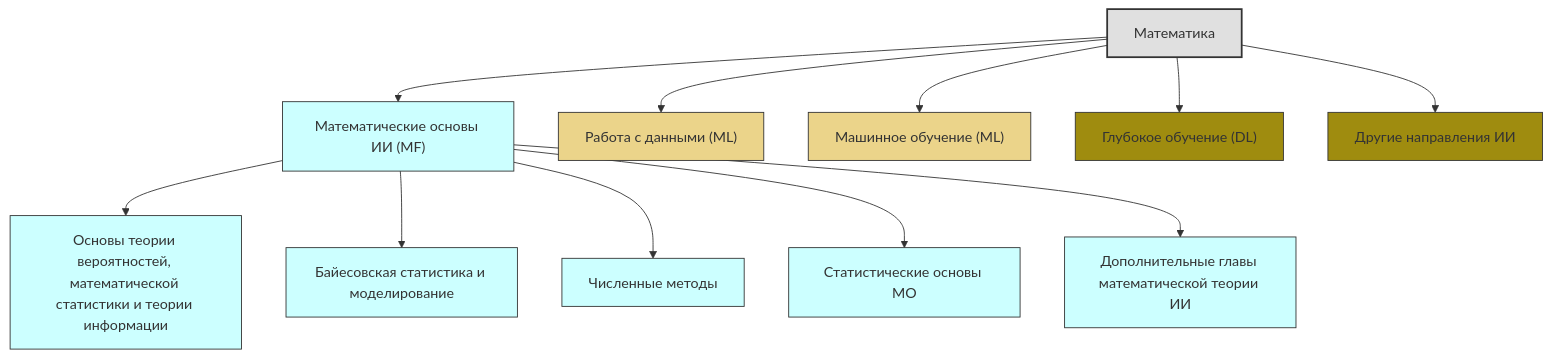
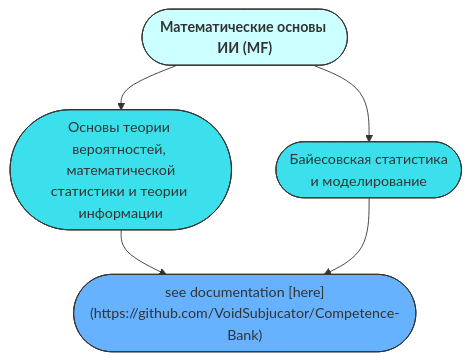
Before and after one commit to aimclub/ai-competency-model: the first of 2 diagrams in README.md, drawn with Mermaid. The commit also changed other lines of this file, not shown here.

````diff
--- a/README.md
+++ b/README.md
@@ -3,25 +3,12 @@
 ```mermaid
 graph TD;
-classDef domainStyle fill:#E0E0E0,stroke:#333,stroke-width:2px
 classDef areaMathStyle fill:#CCFFFF,stroke:#333,stroke-width:1px
-classDef areaMLStyle fill:#EBD48A,stroke:#333,stroke-width:1px
-classDef areaDLStyle fill:#9F8C0F,stroke:#333,stroke-width:1px
-classDef areaOtherStyle fill:#9F8C0F,stroke:#333,stroke-width:1px
+classDef aspectMathStyle fill:#3BE0EC,stroke:#333,stroke-width:1px
+classDef jobsMathStyle fill:#66B2FF,stroke:#333,stroke-width:1px
 
-classDef aspectMathStyle fill:#3399FF,stroke:#333,stroke-width:1px
-classDef aspectMLStyle fill:#FFFF33,stroke:#333,stroke-width:1px
-classDef aspectDLStyle fill:#FDE22E,stroke:#333,stroke-width:1px
-classDef aspectOtherStyle fill:#FF6666,stroke:#333,stroke-width:1px
+AreaMath(["`**Математические основы ИИ (MF)**`"]):::areaMathStyle -->MathAspect1(["Основы теории вероятностей, <br> математической статистики и теории информации"]):::aspectMathStyle
+AreaMath -->MathAspect2(["Байесовская статистика <br> и моделирование"]):::aspectMathStyle
 
-DomainMath["Математика"]:::domainStyle -->AreaMath["Математические основы ИИ (MF)"]:::areaMathStyle
-DomainMath -->AreaDS["Работа с данными (ML)"]:::areaMLStyle
-DomainMath -->AreaML["Машинное обучение (ML)"]:::areaMLStyle
-DomainMath -->AreaDL["Глубокое обучение (DL)"]:::areaDLStyle
-DomainMath -->AreaOther["Другие направления ИИ"]:::areaOtherStyle
-
-AreaMath -->MathAspect1["Основы теории вероятностей, математической статистики и теории информации"]:::areaMathStyle
-AreaMath -->MathAspect2["Байесовская статистика и моделирование"]:::areaMathStyle
-AreaMath -->MathAspect3["Численные методы"]:::areaMathStyle
-AreaMath -->MathAspect4["Статистические основы МО"]:::areaMathStyle
-AreaMath -->MathAspect5["Дополнительные главы математической теории ИИ"]:::areaMathStyle
+MathAspect1 -->MathJobs(["`see documentation [here](https://github.com/VoidSubjucator/Competence-Bank)`"]):::jobsMathStyle
+MathAspect2 -->MathJobs
 ```
````
